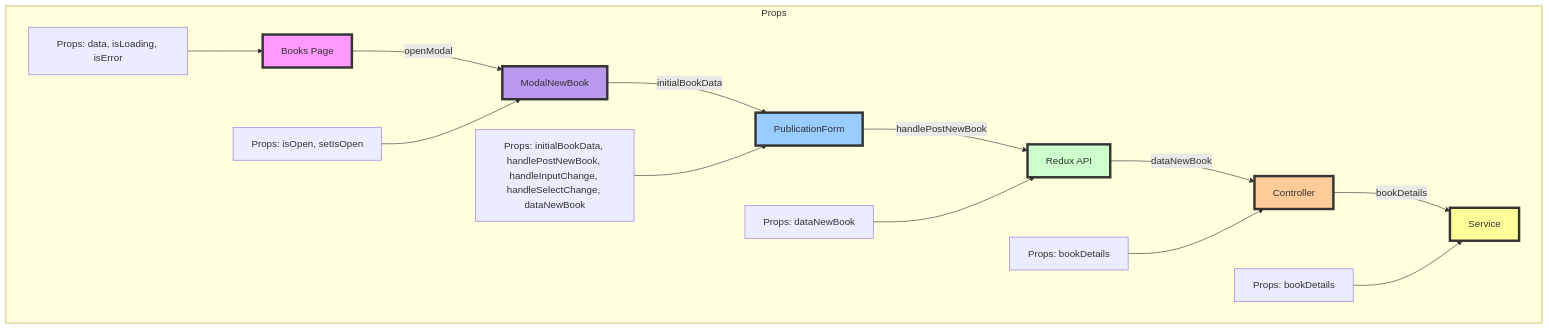
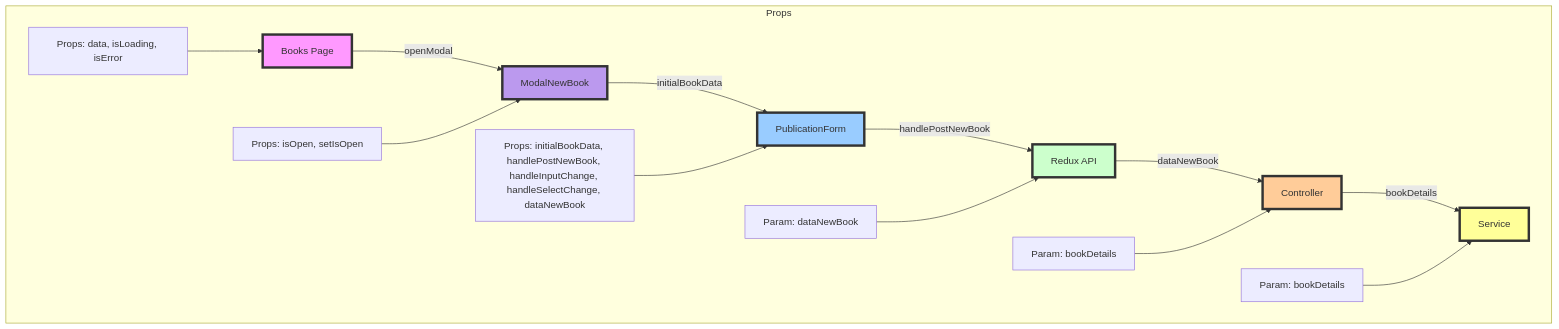
Before and after one commit to FernandoMoyano/EcoReaders: the second of 5 diagrams in client/README.md, drawn with Mermaid. The commit also changed other lines of this file, not shown here.

Commit message:
Diagrama de flujo, obtencion de los libros por usuario

````diff
--- a/client/README.md
+++ b/client/README.md
@@ -85,36 +85,36 @@
 ```mermaid
 graph TD
     %% Definición de los componentes
     A[Books Page]
     B[ModalNewBook]
     C[PublicationForm]
     D[Redux API ]
     E[Controller ]
     F[Service ]
 
     %% Conexiones
     A -->|openModal| B
     B -->|initialBookData| C
     C -->|handlePostNewBook| D
     D -->|dataNewBook| E
     E -->|bookDetails| F
 
     %% Detalles de los Props
     subgraph Props
         A1[Props: data, isLoading, isError] --> A
         B1[Props: isOpen, setIsOpen] --> B
         C1[Props: initialBookData, handlePostNewBook, handleInputChange, handleSelectChange, dataNewBook] --> C
-        D1[Props: dataNewBook] --> D
-        E1[Props: bookDetails] --> E
-        F1[Props: bookDetails] --> F
+        D1[Param: dataNewBook] --> D
+        E1[Param: bookDetails] --> E
+        F1[Param: bookDetails] --> F
     end
 
     %% Estilos
     style A fill:#f9f,stroke:#333,stroke-width:4px
     style B fill:#b9e,stroke:#333,stroke-width:4px
     style C fill:#9cf,stroke:#333,stroke-width:4px
     style D fill:#cfc,stroke:#333,stroke-width:4px
     style E fill:#fc9,stroke:#333,stroke-width:4px
     style F fill:#ff9,stroke:#333,stroke-width:4px
 
 ```
````
